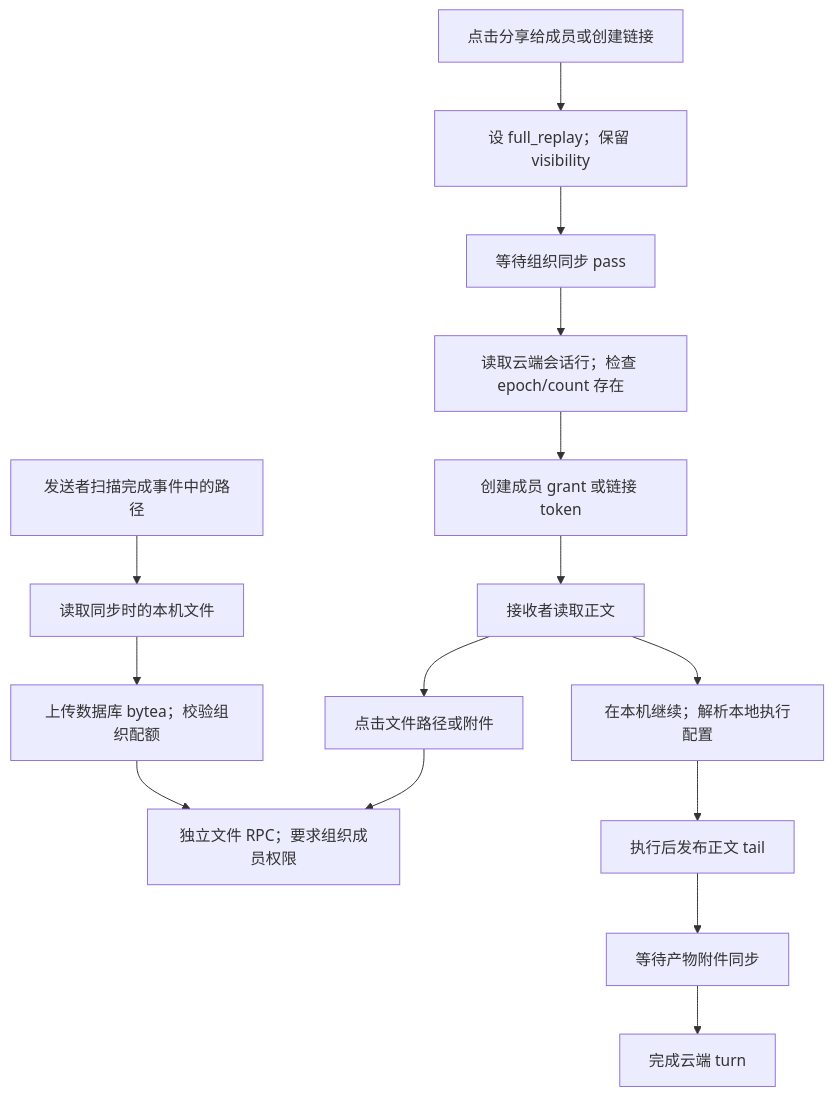
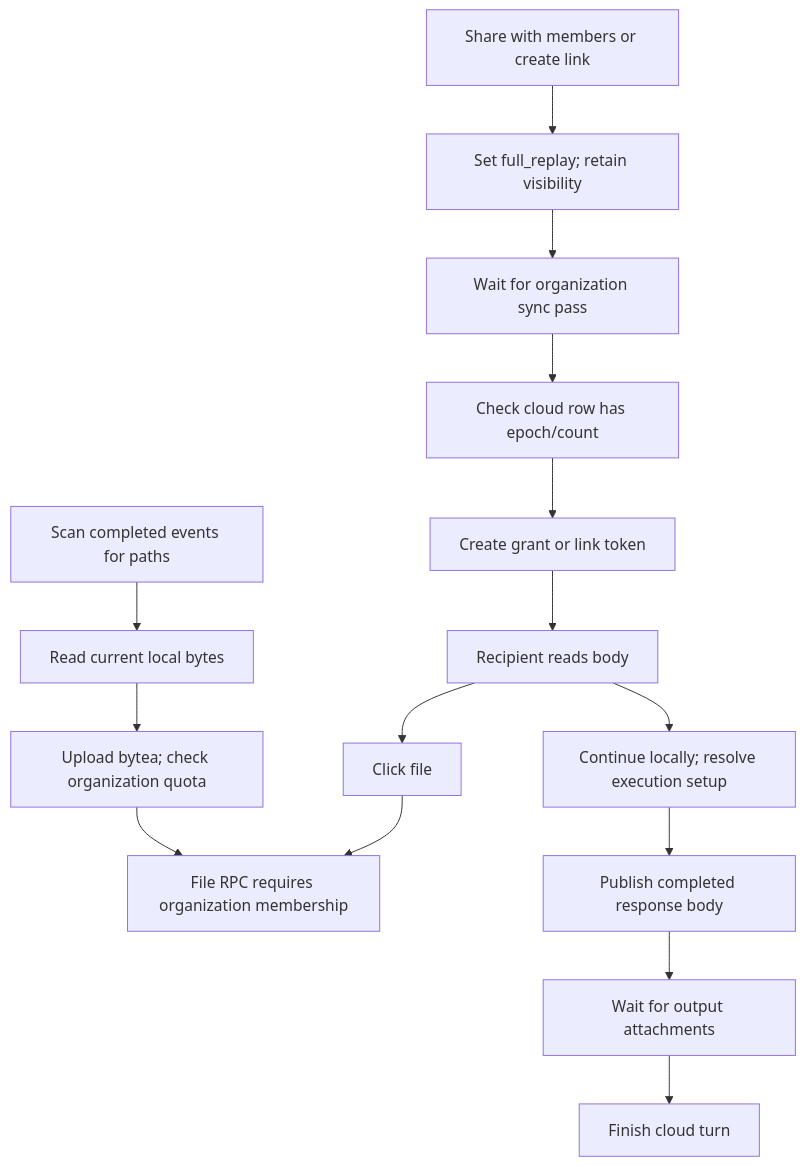
One commit to org2AI/ORG2 changed the diagram in docs/architecture-audit-2026-09-24/ShareSessions.md. Above: the diagram before and after it, drawn with Mermaid. The commit also changed other lines of this file and 1 other file, not shown here.

Commit message:
docs(share-sessions): publish the sharing designs in English

````diff
--- a/docs/architecture-audit-2026-09-24/ShareSessions.md
+++ b/docs/architecture-audit-2026-09-24/ShareSessions.md
@@ -34,17 +34,17 @@
 ```mermaid
 flowchart TD
-  A[点击分享给成员或创建链接] --> B[设 full_replay；保留 visibility]
-  B --> C[等待组织同步 pass]
-  C --> D[读取云端会话行；检查 epoch/count 存在]
-  D --> E[创建成员 grant 或链接 token]
-  E --> F[接收者读取正文]
-  F --> G[点击文件路径或附件]
-  G --> H[独立文件 RPC；要求组织成员权限]
-  I[发送者扫描完成事件中的路径] --> J[读取同步时的本机文件]
-  J --> K[上传数据库 bytea；校验组织配额]
+  A[Share with members or create link] --> B[Set full_replay; retain visibility]
+  B --> C[Wait for organization sync pass]
+  C --> D[Check cloud row has epoch/count]
+  D --> E[Create grant or link token]
+  E --> F[Recipient reads body]
+  F --> G[Click file]
+  G --> H[File RPC requires organization membership]
+  I[Scan completed events for paths] --> J[Read current local bytes]
+  J --> K[Upload bytea; check organization quota]
   K --> H
-  F --> L[在本机继续；解析本地执行配置]
-  L --> M[执行后发布正文 tail]
-  M --> N[等待产物附件同步]
-  N --> O[完成云端 turn]
+  F --> L[Continue locally; resolve execution setup]
+  L --> M[Publish completed response body]
+  M --> N[Wait for output attachments]
+  N --> O[Finish cloud turn]
 ```
````
